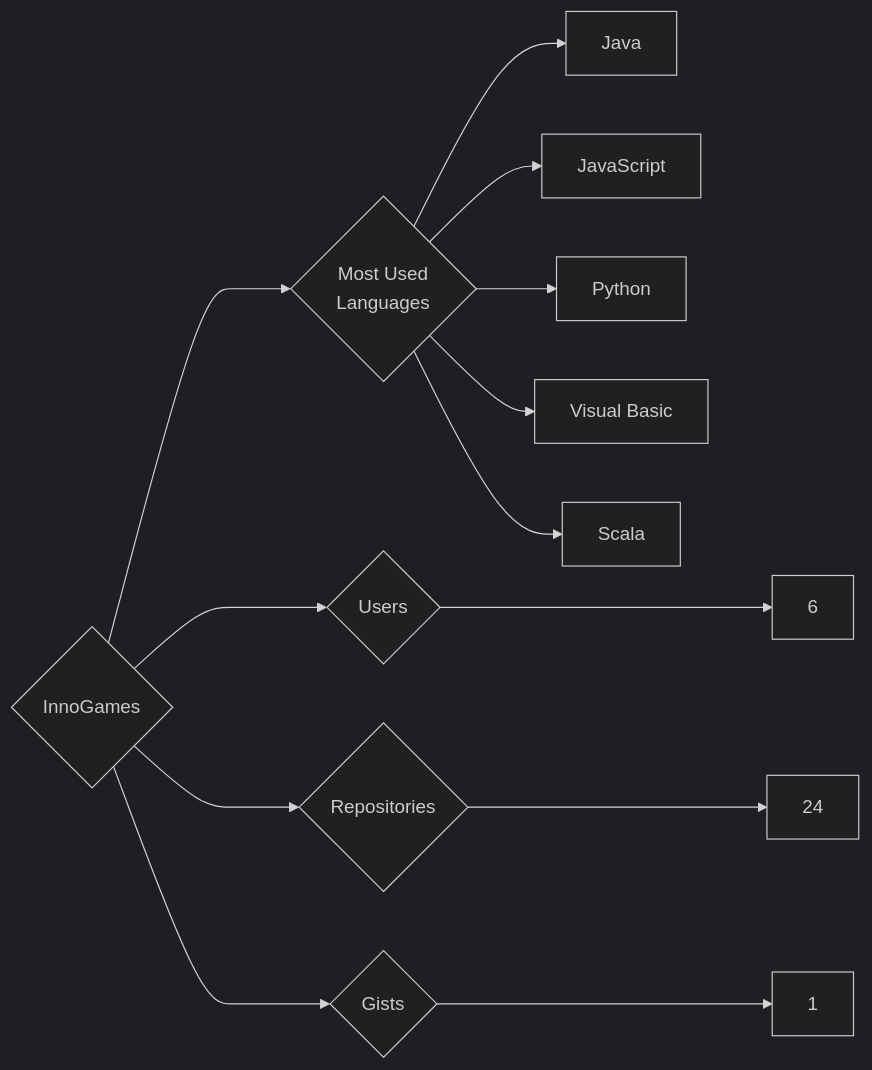
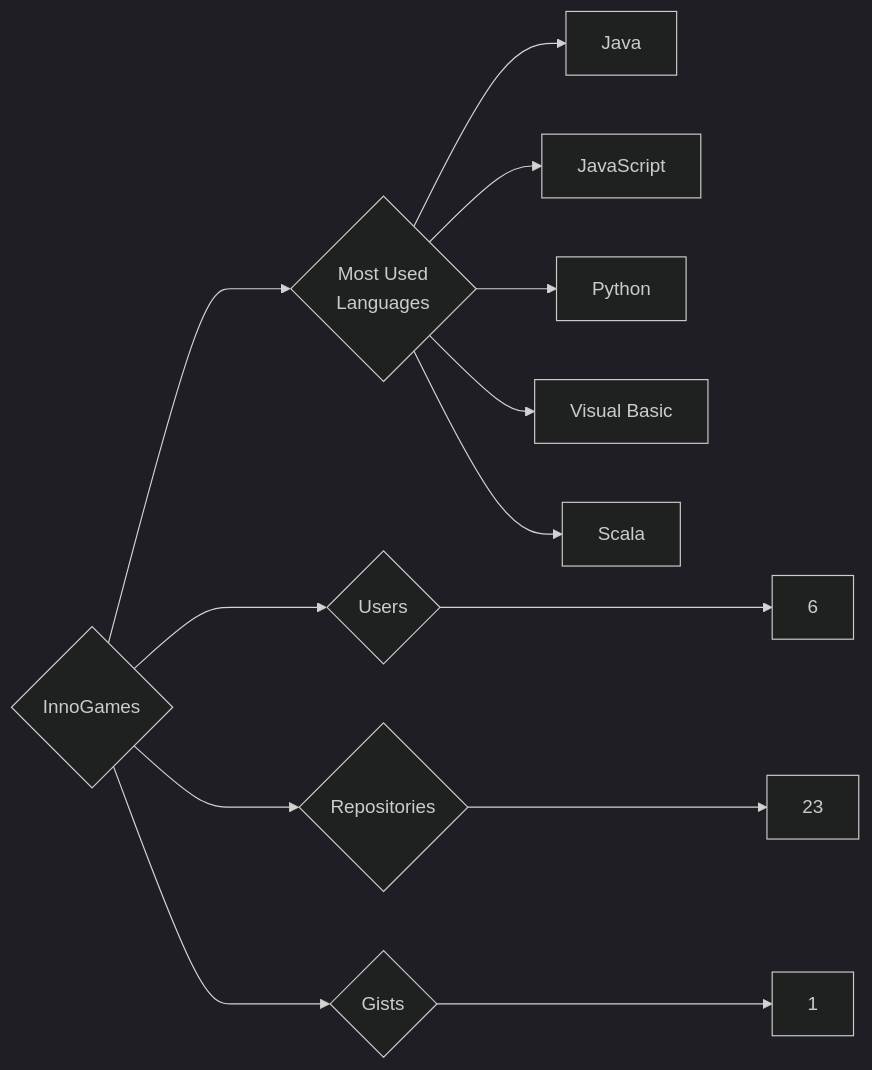
One commit to trickest/insiders changed the diagram in targets/InnoGames/README.md. Above: the diagram before and after it, drawn with Mermaid (dark theme). The commit also changed 997 other files, not shown here.

````diff
--- a/targets/InnoGames/README.md
+++ b/targets/InnoGames/README.md
@@ -3,13 +3,13 @@
 ```mermaid
 graph LR
 COMPANY_NAME{InnoGames}
 COMPANY_NAME ---> U{Users} ---> UN[6]
-COMPANY_NAME ---> R{Repositories} ---> RN[24]
+COMPANY_NAME ---> R{Repositories} ---> RN[23]
 COMPANY_NAME ---> G{Gists} ---> GN[1]
 COMPANY_NAME ---> ML{Most Used<br>Languages}
 ML --> Java[Java]
 ML --> JavaScript[JavaScript]
 ML --> Python[Python]
 ML --> Visual_Basic[Visual Basic]
 ML --> Scala[Scala]
 ```
````
